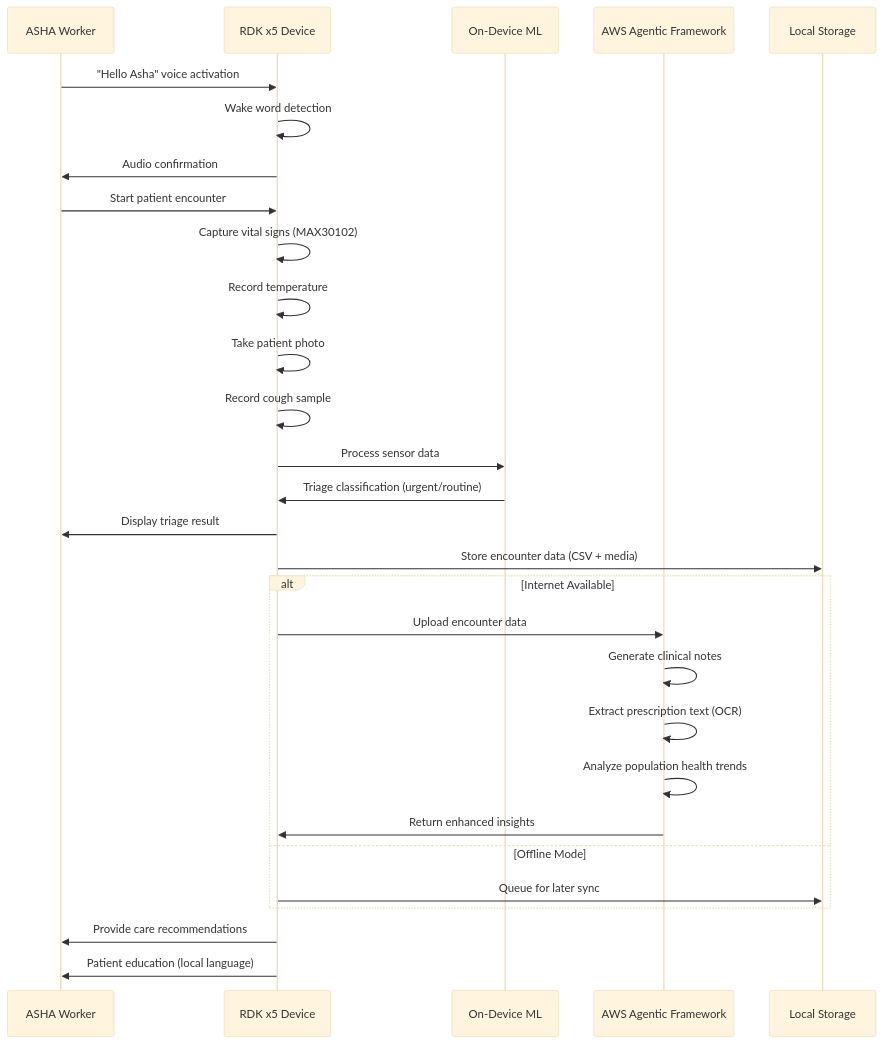
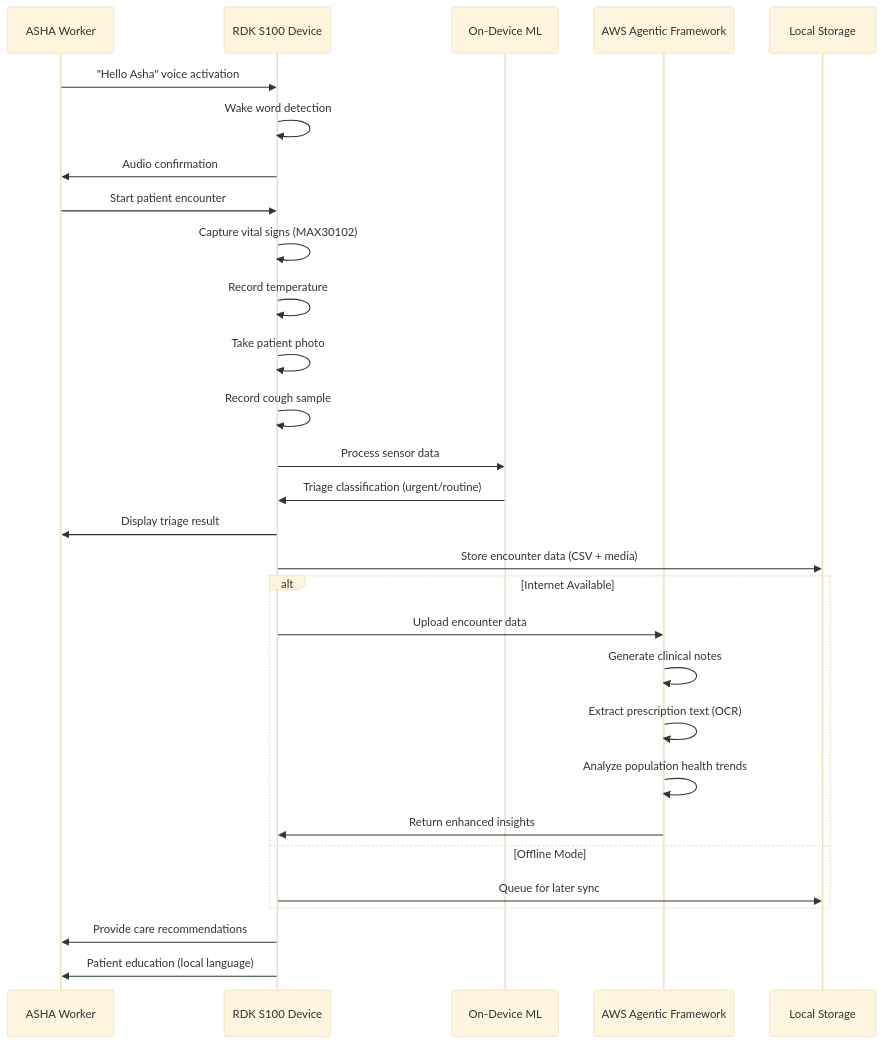
One commit to DevDaring/Nova_Dear-Care changed the second of 3 diagrams in .kiro/specs/pocket-asha/design.md. Above: the diagram before and after it, drawn with Mermaid (base theme). The commit also changed other lines of this file and 3 other files, not shown here.

````diff
--- a/.kiro/specs/pocket-asha/design.md
+++ b/.kiro/specs/pocket-asha/design.md
@@ -77,37 +77,37 @@
 ```mermaid
 sequenceDiagram
     participant U as ASHA Worker
-    participant D as RDK x5 Device
+    participant D as RDK S100 Device
     participant ML as On-Device ML
     participant AWS as AWS Agentic Framework
     participant DB as Local Storage
     
     U->>D: "Hello Asha" voice activation
     D->>D: Wake word detection
     D->>U: Audio confirmation
     
     U->>D: Start patient encounter
     D->>D: Capture vital signs (MAX30102)
     D->>D: Record temperature
     D->>D: Take patient photo
     D->>D: Record cough sample
     
     D->>ML: Process sensor data
     ML->>D: Triage classification (urgent/routine)
     D->>U: Display triage result
     
     D->>DB: Store encounter data (CSV + media)
     
     alt Internet Available
         D->>AWS: Upload encounter data
         AWS->>AWS: Generate clinical notes
         AWS->>AWS: Extract prescription text (OCR)
         AWS->>AWS: Analyze population health trends
         AWS->>D: Return enhanced insights
     else Offline Mode
         D->>DB: Queue for later sync
     end
     
     D->>U: Provide care recommendations
     D->>U: Patient education (local language)
 ```
````
